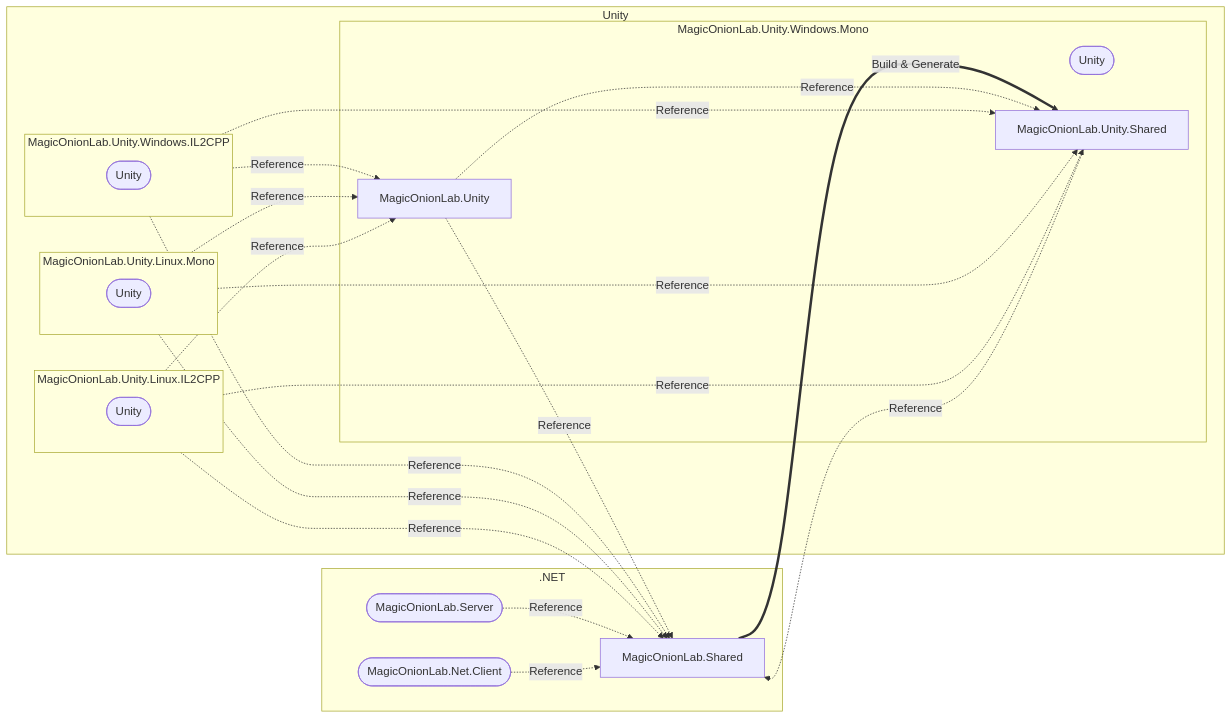
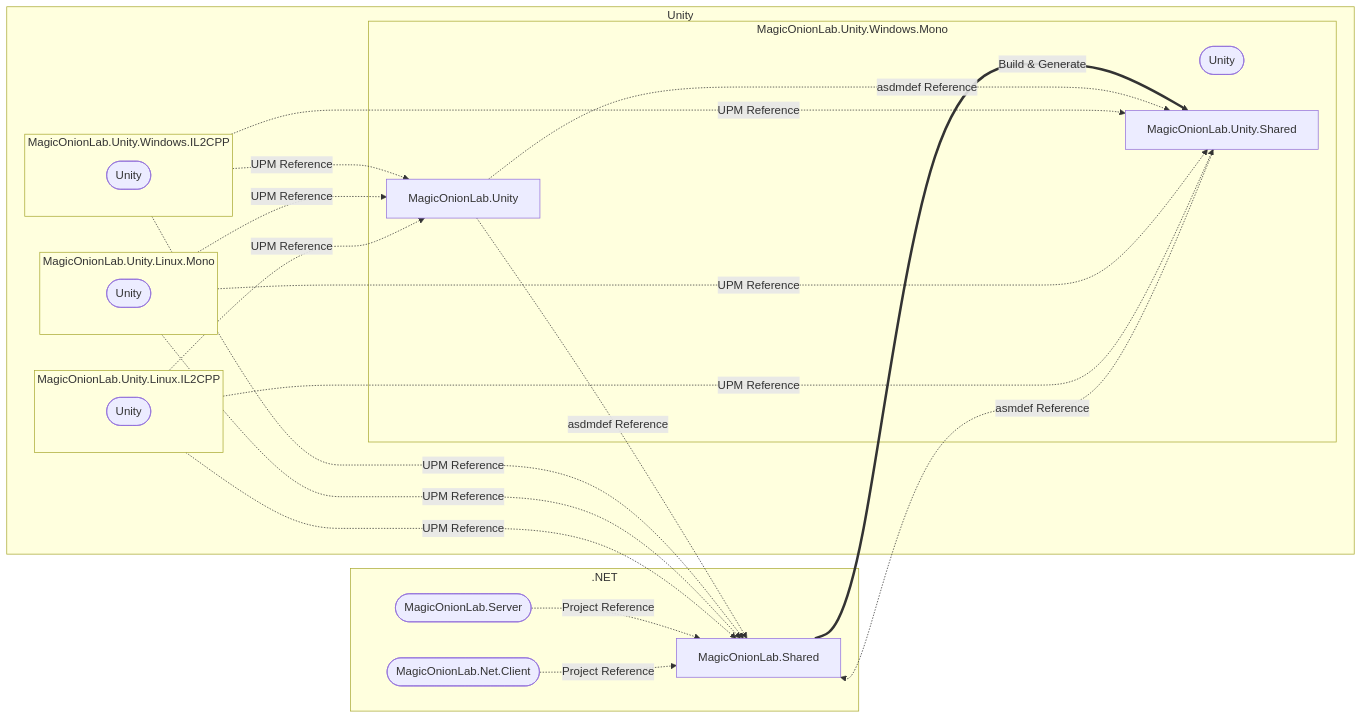
One commit to guitarrapc/MagicOnion-lab changed the diagram in README.md. Above: the diagram before and after it, drawn with Mermaid. The commit also changed other lines of this file, not shown here.

Commit message:
doc: display reference method

````diff
--- a/README.md
+++ b/README.md
@@ -41,37 +41,37 @@
 ```mermaid
 flowchart LR
 
   subgraph .NET
     Client(["MagicOnionLab.Net.Client"])
     Server(["MagicOnionLab.Server"])
     Shared["MagicOnionLab.Shared"]
   end
 
   subgraph Unity
     subgraph UnityWinM[MagicOnionLab.Unity.Windows.Mono]
       UnityWindowsMono(["Unity"])
       MagicOnionLabUnity["MagicOnionLab.Unity"]
       UnityShared["MagicOnionLab.Unity.Shared"]
     end
     subgraph UnityWinI[MagicOnionLab.Unity.Windows.IL2CPP]
       UnityWindowsIl2cpp(["Unity"])
     end
     subgraph UnityLinM[MagicOnionLab.Unity.Linux.Mono]
       UnityLinuxMono(["Unity"])
     end
     subgraph UnityLinI[MagicOnionLab.Unity.Linux.IL2CPP]
       UnityLinuxIl2cpp(["Unity"])
     end
   end
 
-  Server -.Reference.-> Shared
-  Client -.Reference.-> Shared
+  Server -.Project Reference.-> Shared
+  Client -.Project Reference.-> Shared
   Shared ==Build & Generate===> UnityShared
 
-  UnityShared -.Reference..-> Shared
+  UnityShared -.asmdef Reference..-> Shared
 
-  MagicOnionLabUnity -.Reference.-> Shared
-  MagicOnionLabUnity -.Reference.-> UnityShared
+  MagicOnionLabUnity -.asdmdef Reference.-> Shared
+  MagicOnionLabUnity -.asdmdef Reference.-> UnityShared
 
-  UnityWinI & UnityLinM & UnityLinI -.Reference.-> Shared & UnityShared & MagicOnionLabUnity
+  UnityWinI & UnityLinM & UnityLinI -.UPM Reference.-> Shared & UnityShared & MagicOnionLabUnity
 ```
````
